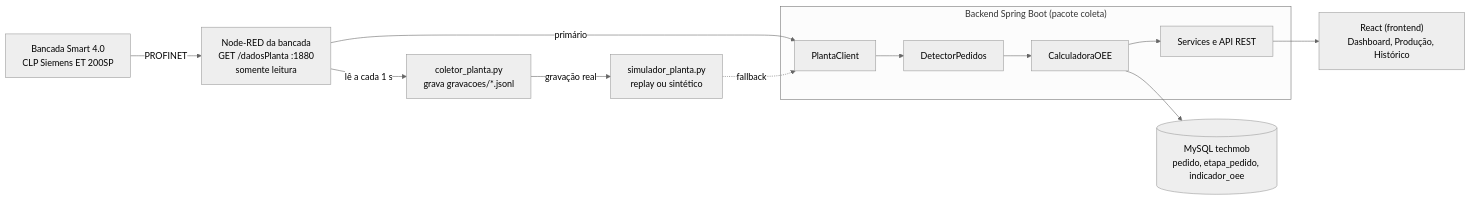
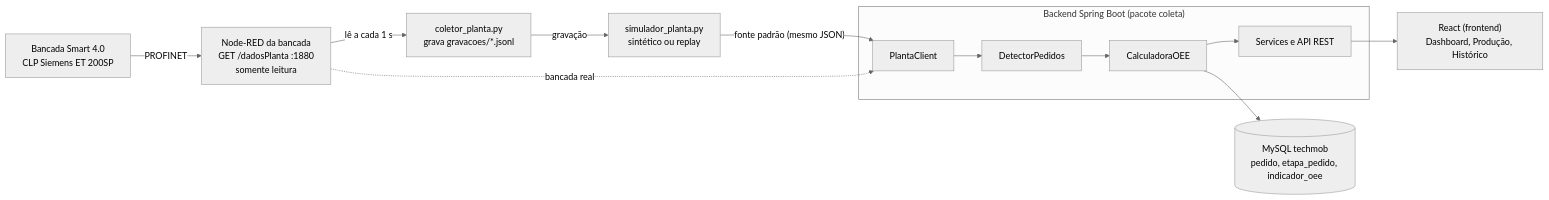
One commit to lucaspatracao/toyota-techmob changed the diagram in README.md. Above: the diagram before and after it, drawn with Mermaid (neutral theme). The commit also changed other lines of this file and 4 other files, not shown here.

First line of the commit message:
docs: READMEs tratam o simulador como a fonte padrão do sistema

````diff
--- a/README.md
+++ b/README.md
@@ -20,13 +20,13 @@
 ```mermaid
 flowchart LR
     B["Bancada Smart 4.0<br/>CLP Siemens ET 200SP"] -- PROFINET --> N["Node-RED da bancada<br/>GET /dadosPlanta :1880<br/>somente leitura"]
     N -- "lê a cada 1 s" --> C["coletor_planta.py<br/>grava gravacoes/*.jsonl"]
-    C -- "gravação real" --> S["simulador_planta.py<br/>replay ou sintético"]
-    N -- primário --> P
-    S -. fallback .-> P
+    C -- "gravação" --> S["simulador_planta.py<br/>sintético ou replay"]
+    S -- "fonte padrão (mesmo JSON)" --> P
+    N -. "bancada real" .-> P
     subgraph BE["Backend Spring Boot (pacote coleta)"]
         P["PlantaClient"] --> D["DetectorPedidos"] --> O["CalculadoraOEE"] --> A["Services e API REST"]
     end
     O --> M[("MySQL techmob<br/>pedido, etapa_pedido, indicador_oee")]
     A --> R["React (frontend)<br/>Dashboard, Produção, Histórico"]
 ```
````
